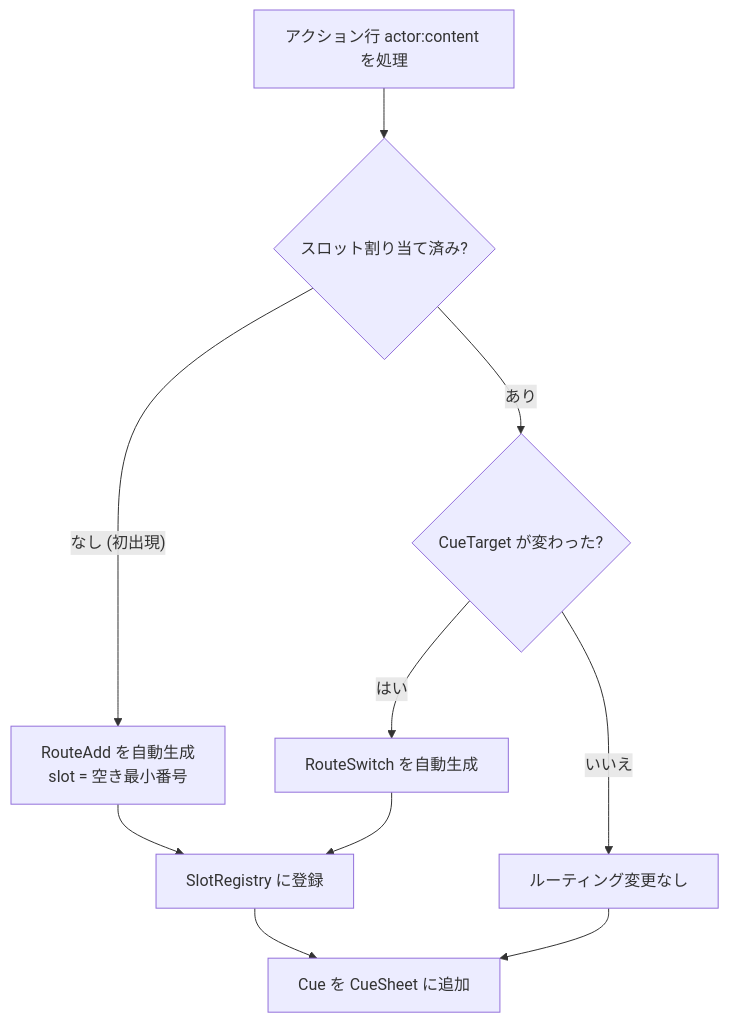
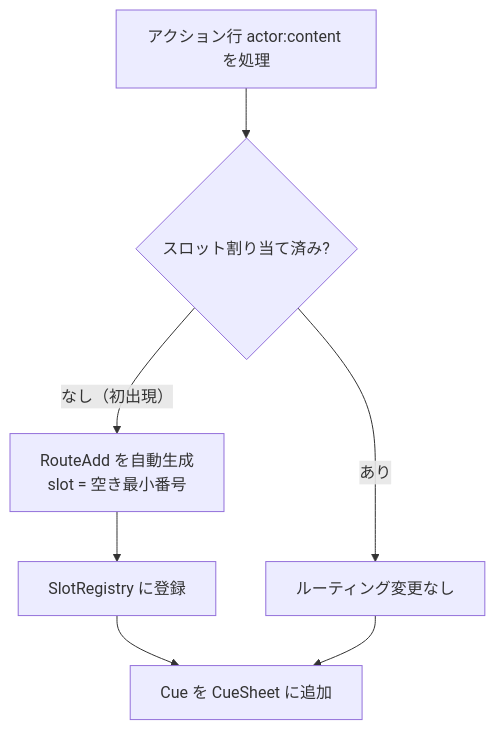
Before and after one commit to ekicyou/areka: the third of 3 diagrams in .kiro/specs/dola-cue-pasta-dsl-extension/design.md, drawn with Mermaid. The commit also changed other lines of this file and 1 other file, not shown here.

````diff
--- a/.kiro/specs/dola-cue-pasta-dsl-extension/design.md
+++ b/.kiro/specs/dola-cue-pasta-dsl-extension/design.md
@@ -122,12 +123,9 @@
 ```mermaid
 flowchart TD
     A["アクション行 actor:content を処理"] --> B{スロット割り当て済み?}
-    B -- "なし (初出現)" --> C[RouteAdd を自動生成\nslot = 空き最小番号]
-    B -- "あり" --> D{CueTarget が変わった?}
-    D -- "はい" --> E[RouteSwitch を自動生成]
-    D -- "いいえ" --> F[ルーティング変更なし]
-    C --> G[SlotRegistry に登録]
-    E --> G
-    G --> H[Cue を CueSheet に追加]
+    B -- "なし（初出現）" --> C["RouteAdd を自動生成\nslot = 空き最小番号"]
+    B -- "あり" --> F["ルーティング変更なし"]
+    C --> G["SlotRegistry に登録"]
+    G --> H["Cue を CueSheet に追加"]
     F --> H
 ```
````
